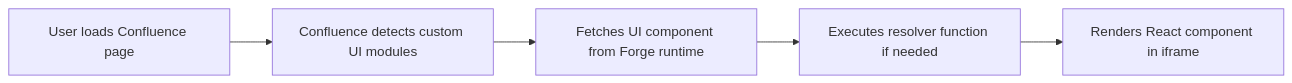
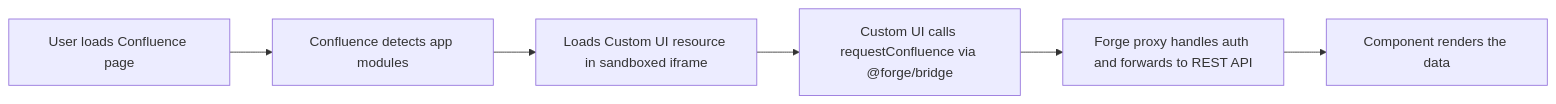
The diagram in .cline/skills/atlassian-confluence-forge-skill/docs/01-core-concepts.md (leanzero-srl/leanzero-forge-skills), drawn with Mermaid before and after one commit. The commit also changed other lines of this file and 28 other files, not shown here.

````diff
--- a/.cline/skills/atlassian-confluence-forge-skill/docs/01-core-concepts.md
+++ b/.cline/skills/atlassian-confluence-forge-skill/docs/01-core-concepts.md
@@ -105,7 +154,8 @@
 ```mermaid
 graph LR
-    A[User loads Confluence page] --> B[Confluence detects custom UI modules]
-    B --> C[Fetches UI component from Forge runtime]
-    C --> D[Executes resolver function if needed]
-    D --> E[Renders React component in iframe]
+    A[User loads Confluence page] --> B[Confluence detects app modules]
+    B --> C[Loads Custom UI resource in sandboxed iframe]
+    C --> D[Custom UI calls requestConfluence via @forge/bridge]
+    D --> E[Forge proxy handles auth and forwards to REST API]
+    E --> F[Component renders the data]
 ```
````
